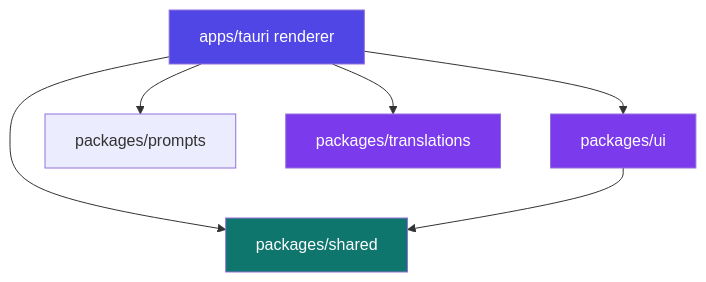
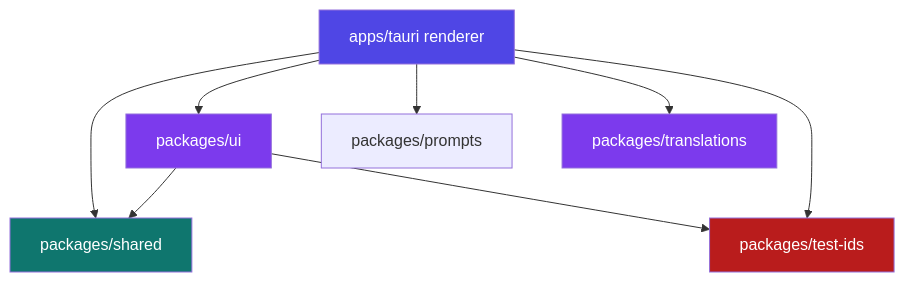
Before and after one commit to saeedkolivand/ai-job-hunter-app: the seventh of 7 diagrams in docs/ARCHITECTURE.md, drawn with Mermaid. The commit also changed other lines of this file and 45 other files, not shown here.

First line of the commit message:
refactor: centralize data-testid literals into @ajh/test-ids package (#471)

````diff
--- a/docs/ARCHITECTURE.md
+++ b/docs/ARCHITECTURE.md
@@ -443,19 +447,23 @@
 ```mermaid
 graph TD
     Renderer["apps/tauri renderer"]
     Shared["packages/shared"]
     UI["packages/ui"]
     Prompts["packages/prompts"]
     Translations["packages/translations"]
+    TestIds["packages/test-ids"]
 
     Renderer --> Shared
     Renderer --> UI
     Renderer --> Prompts
     Renderer --> Translations
+    Renderer --> TestIds
     UI --> Shared
+    UI --> TestIds
 
     style Renderer fill:#4f46e5,color:#fff
     style UI fill:#7c3aed,color:#fff
     style Shared fill:#0f766e,color:#fff
     style Translations fill:#7c3aed,color:#fff
+    style TestIds fill:#b91c1c,color:#fff
 ```
````
